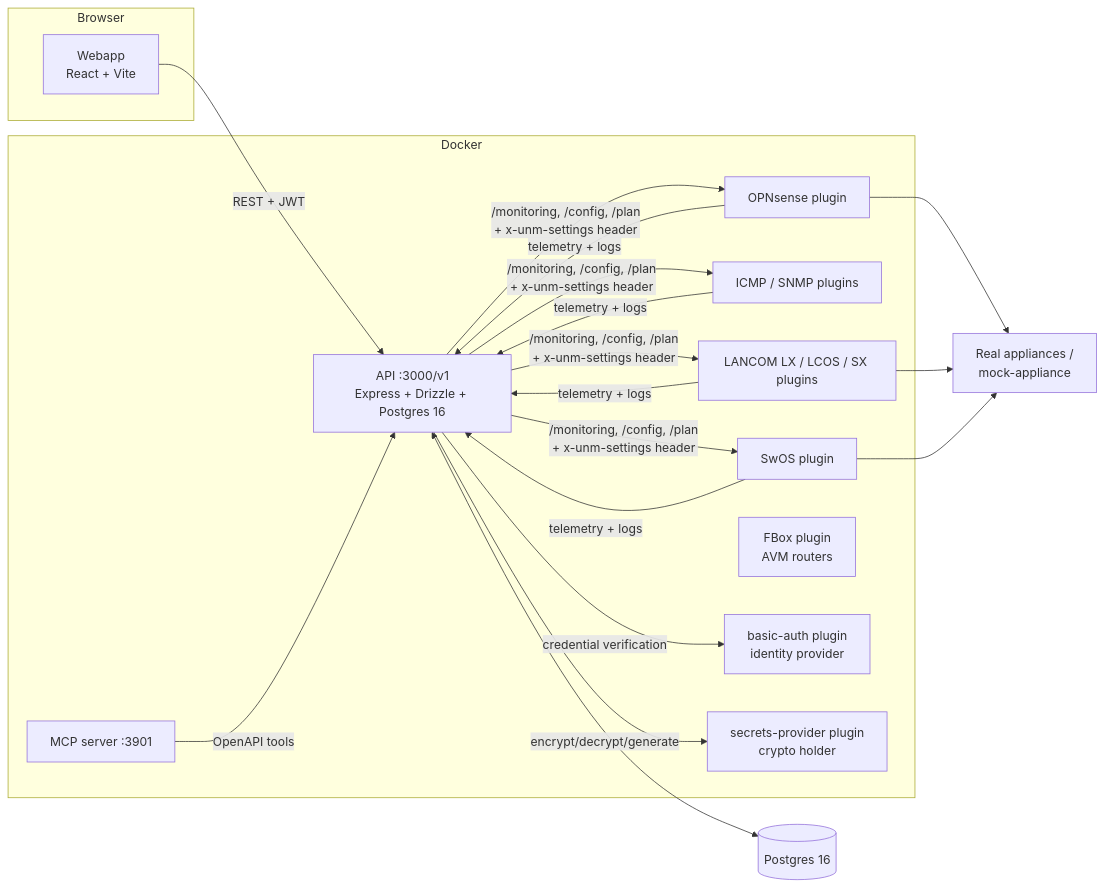
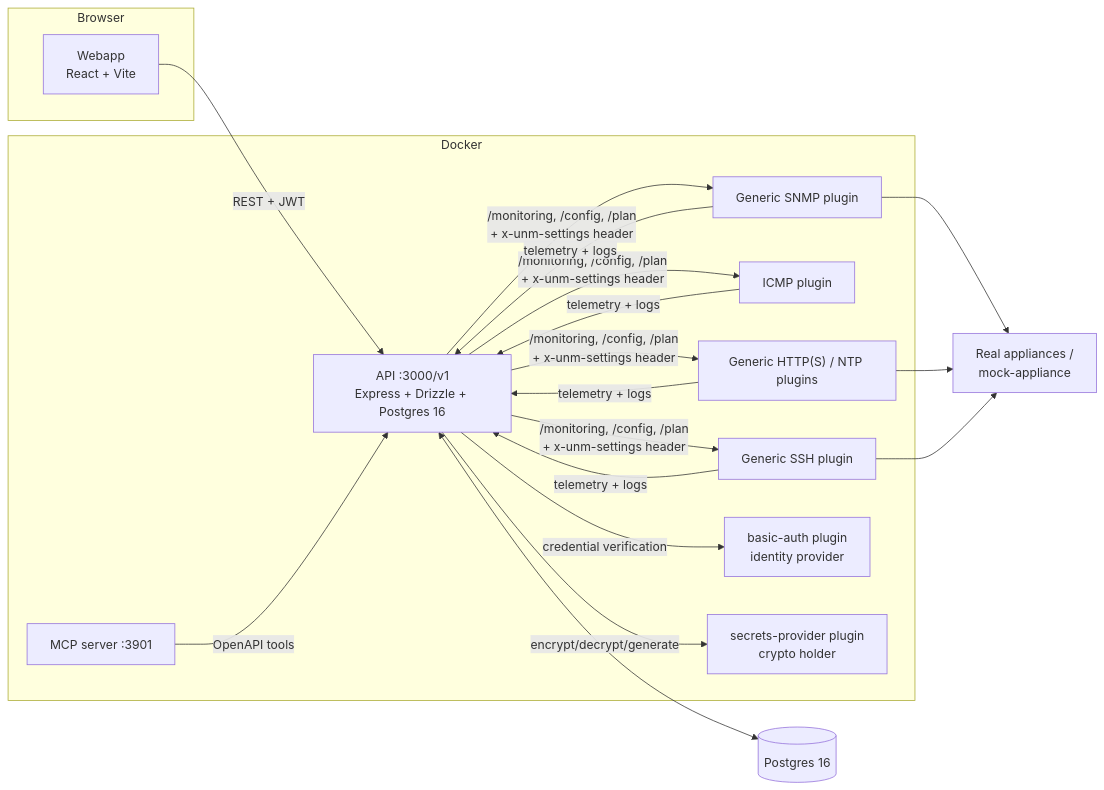
The diagram in README.md (MichaelKirgus/UnifiedNetworkManager), drawn with Mermaid before and after one commit. The commit also changed other lines of this file and 1 other file, not shown here.

First line of the commit message:
Docs: move the plugin catalog to docs/PLUGINS.md, keep README generic

````diff
--- a/README.md
+++ b/README.md
@@ -48,28 +48,27 @@
 ```mermaid
 flowchart LR
     subgraph Browser
         W[Webapp<br/>React + Vite]
     end
     subgraph Docker
         A[API :3000/v1<br/>Express + Drizzle + Postgres 16]
-        P1[OPNsense plugin]
-        P2[ICMP / SNMP plugins]
-        P3[LANCOM LX / LCOS / SX plugins]
-        P4[SwOS plugin]
-        P5[FBox plugin<br/>AVM routers]
+        P1[Generic SNMP plugin]
+        P2[ICMP plugin]
+        P3["Generic HTTP(S) / NTP plugins"]
+        P4[Generic SSH plugin]
         BA[basic-auth plugin<br/>identity provider]
         SP[secrets-provider plugin<br/>crypto holder]
         M[MCP server :3901]
     end
     D[(Postgres 16)]
     HW[Real appliances /<br/>mock-appliance]
 
     W -->|REST + JWT| A
     M -->|OpenAPI tools| A
     A <--> D
     A -->|/monitoring, /config, /plan<br/>+ x-unm-settings header| P1 & P2 & P3 & P4
     P1 & P2 & P3 & P4 -->|telemetry + logs| A
     A -->|credential verification| BA
     A -->|encrypt/decrypt/generate| SP
     P1 & P3 & P4 --> HW
 ```
````
